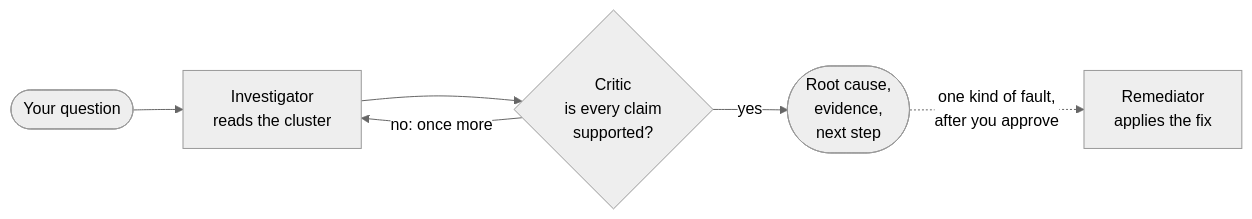
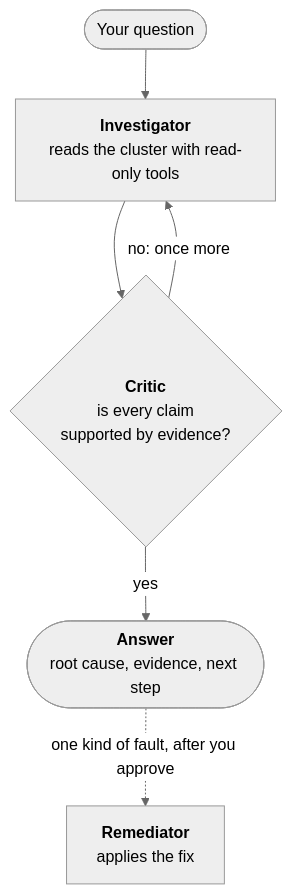
The diagram in README.md (tomershukhman/k8s-troubleshooting-agent), drawn with Mermaid (neutral theme) before and after one commit.

Commit message:
README: draw the workflow top to bottom so it is readable [skip ci]

````diff
--- a/README.md
+++ b/README.md
@@ -9,8 +9,8 @@
 ```mermaid
-flowchart LR
-    q(["Your question"]) --> inv["Investigator<br/>reads the cluster"]
-    inv --> critic{"Critic<br/>is every claim<br/>supported?"}
+flowchart TD
+    q(["Your question"]) --> inv["<b>Investigator</b><br/>reads the cluster with read-only tools"]
+    inv --> critic{"<b>Critic</b><br/>is every claim<br/>supported by evidence?"}
     critic -- "no: once more" --> inv
-    critic -- "yes" --> ans(["Root cause,<br/>evidence,<br/>next step"])
-    ans -. "one kind of fault,<br/>after you approve" .-> rem["Remediator<br/>applies the fix"]
+    critic -- "yes" --> ans(["<b>Answer</b><br/>root cause, evidence, next step"])
+    ans -. "one kind of fault, after you approve" .-> rem["<b>Remediator</b><br/>applies the fix"]
 ```
````
